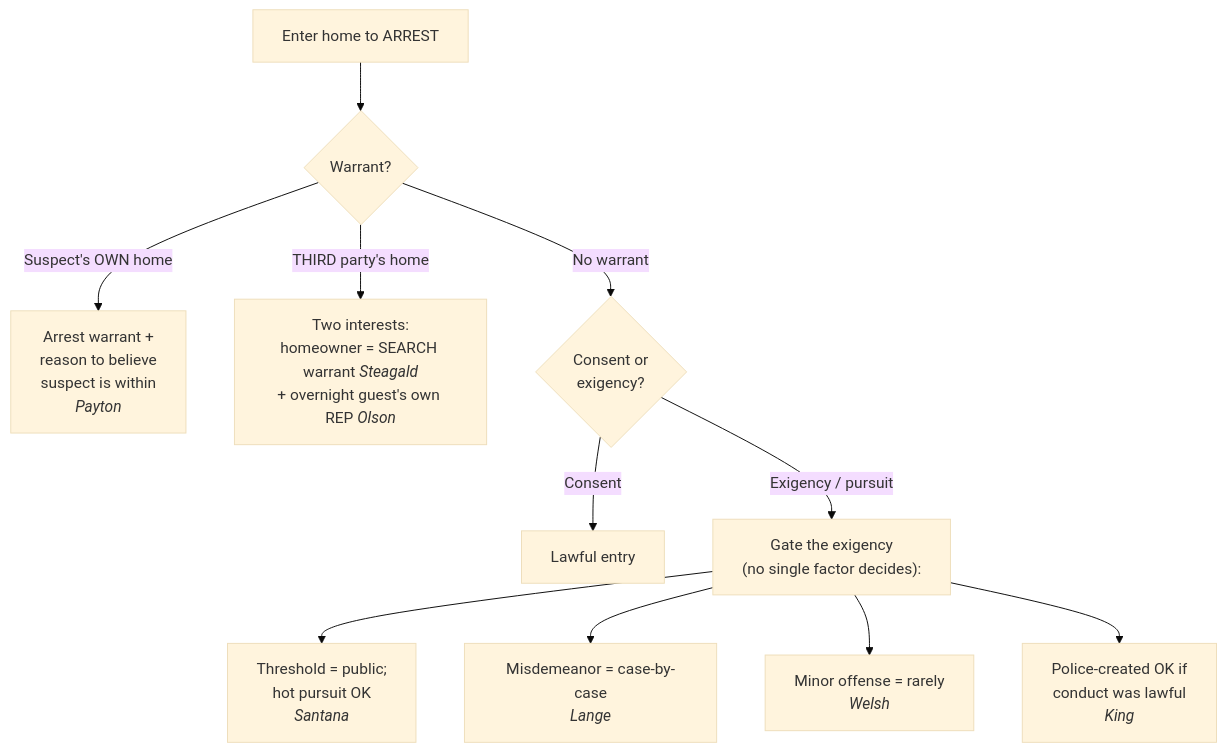
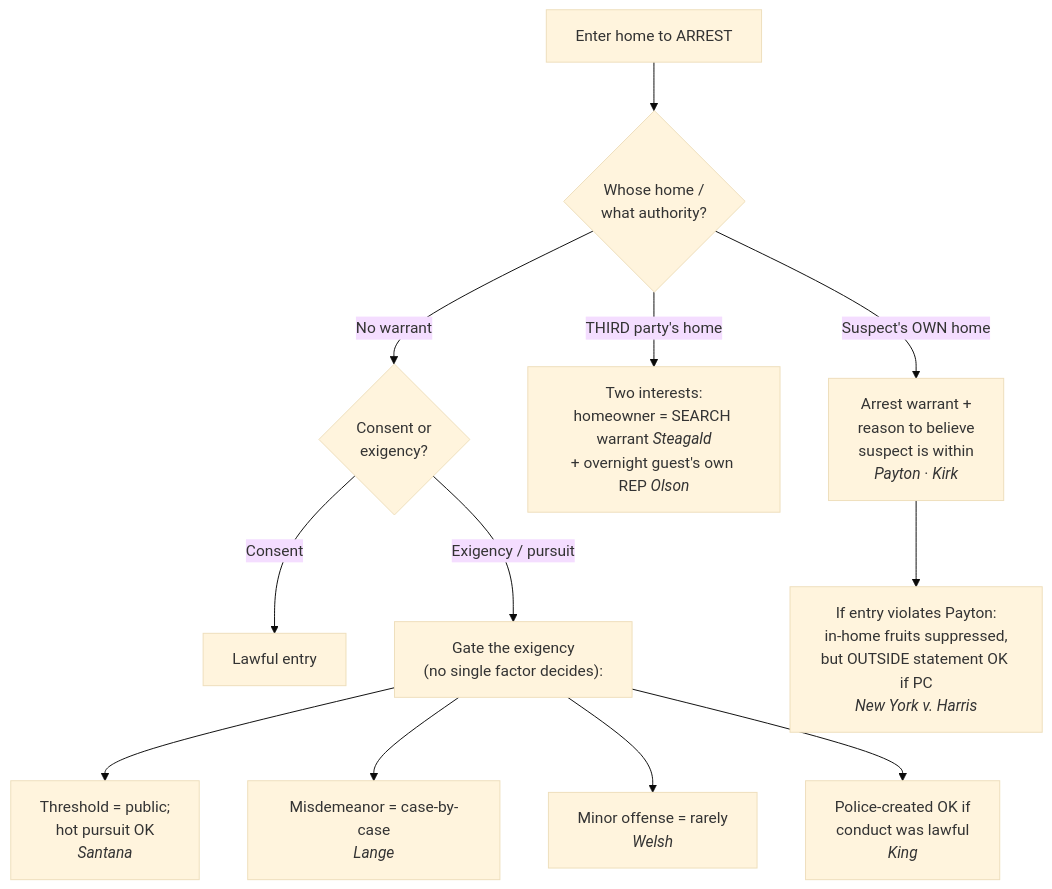
The diagram in content/4-what-is-a-seizure/Arrest in the Home.md (Enragedsaturday/cssi), drawn with Mermaid (base theme) before and after one commit. The commit also changed other lines of this file and 5 other files, not shown here.

````diff
--- a/content/4-what-is-a-seizure/Arrest in the Home.md
+++ b/content/4-what-is-a-seizure/Arrest in the Home.md
@@ -64,13 +90,14 @@
 ```mermaid
 flowchart TD
-  E["Enter home to ARREST"] --> W{Warrant?}
-  W -->|"Suspect's OWN home"| P["Arrest warrant +<br/>reason to believe<br/>suspect is within<br/><i>Payton</i>"]
+  E["Enter home to ARREST"] --> W{"Whose home /<br/>what authority?"}
+  W -->|"Suspect's OWN home"| P["Arrest warrant +<br/>reason to believe<br/>suspect is within<br/><i>Payton</i> · <i>Kirk</i>"]
   W -->|"THIRD party's home"| ST["Two interests:<br/>homeowner = SEARCH warrant <i>Steagald</i><br/>+ overnight guest's own REP <i>Olson</i>"]
   W -->|"No warrant"| X{"Consent or<br/>exigency?"}
   X -->|Consent| OK["Lawful entry"]
   X -->|"Exigency / pursuit"| G["Gate the exigency<br/>(no single factor decides):"]
   G --> S["Threshold = public;<br/>hot pursuit OK<br/><i>Santana</i>"]
   G --> L["Misdemeanor = case-by-case<br/><i>Lange</i>"]
   G --> WE["Minor offense = rarely<br/><i>Welsh</i>"]
   G --> K["Police-created OK if<br/>conduct was lawful<br/><i>King</i>"]
+  P --> R["If entry violates Payton:<br/>in-home fruits suppressed,<br/>but OUTSIDE statement OK if PC<br/><i>New York v. Harris</i>"]
 ```
````
